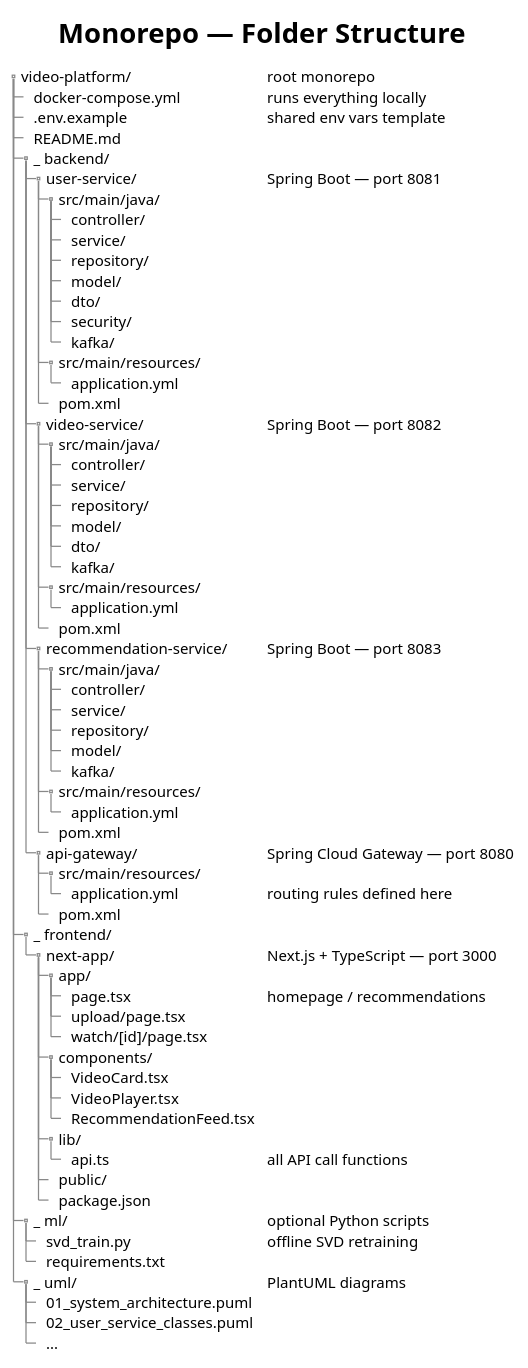
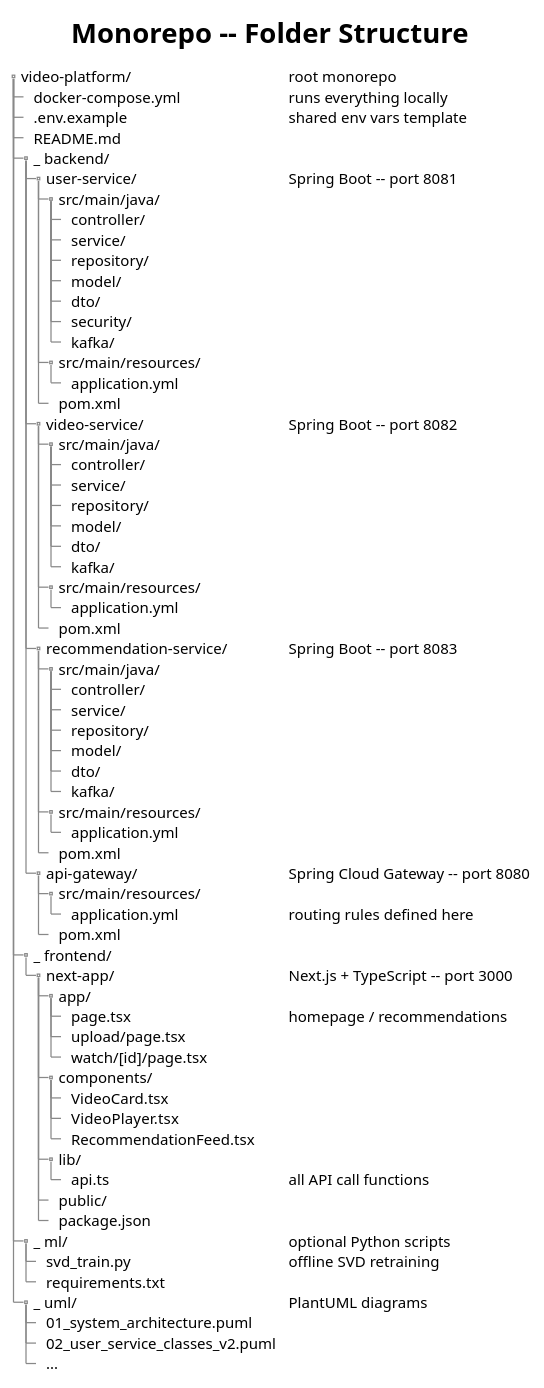
Before and after one commit to AmnsAmr/recommendation_sys: the diagram in uml/09_folder_structure.puml, drawn with PlantUML. The commit also changed 18 other files, not shown here.

```diff
--- a/uml/09_folder_structure.puml
+++ b/uml/09_folder_structure.puml
@@ -1,76 +1,77 @@
 @startuml Monorepo Folder Structure
 !theme plain
 skinparam backgroundColor #FFFFFF
 skinparam defaultFontName Arial
 
-title Monorepo — Folder Structure
+title Monorepo -- Folder Structure
 
 salt
 {
   {T
     + video-platform/                   | root monorepo
     ++ docker-compose.yml               | runs everything locally
     ++ .env.example                     | shared env vars template
     ++ README.md
     ++_ backend/
-    +++ user-service/                   | Spring Boot — port 8081
+    +++ user-service/                   | Spring Boot -- port 8081
     ++++ src/main/java/
     +++++ controller/
     +++++ service/
     +++++ repository/
     +++++ model/
     +++++ dto/
     +++++ security/
     +++++ kafka/
     ++++ src/main/resources/
     +++++ application.yml
     ++++ pom.xml
-    +++ video-service/                  | Spring Boot — port 8082
+    +++ video-service/                  | Spring Boot -- port 8082
     ++++ src/main/java/
     +++++ controller/
     +++++ service/
     +++++ repository/
     +++++ model/
     +++++ dto/
     +++++ kafka/
     ++++ src/main/resources/
     +++++ application.yml
     ++++ pom.xml
-    +++ recommendation-service/         | Spring Boot — port 8083
+    +++ recommendation-service/         | Spring Boot -- port 8083
     ++++ src/main/java/
     +++++ controller/
     +++++ service/
     +++++ repository/
     +++++ model/
+    +++++ dto/
     +++++ kafka/
     ++++ src/main/resources/
     +++++ application.yml
     ++++ pom.xml
-    +++ api-gateway/                    | Spring Cloud Gateway — port 8080
+    +++ api-gateway/                    | Spring Cloud Gateway -- port 8080
     ++++ src/main/resources/
     +++++ application.yml               | routing rules defined here
     ++++ pom.xml
     ++_ frontend/
-    +++ next-app/                       | Next.js + TypeScript — port 3000
+    +++ next-app/                       | Next.js + TypeScript -- port 3000
     ++++ app/
     +++++ page.tsx                      | homepage / recommendations
     +++++ upload/page.tsx
     +++++ watch/[id]/page.tsx
     ++++ components/
     +++++ VideoCard.tsx
     +++++ VideoPlayer.tsx
     +++++ RecommendationFeed.tsx
     ++++ lib/
     +++++ api.ts                        | all API call functions
     ++++ public/
     ++++ package.json
     ++_ ml/                             | optional Python scripts
     +++ svd_train.py                    | offline SVD retraining
     +++ requirements.txt
     ++_ uml/                            | PlantUML diagrams
     +++ 01_system_architecture.puml
-    +++ 02_user_service_classes.puml
+    +++ 02_user_service_classes_v2.puml
     +++ ...
   }
 }
 @enduml
```
